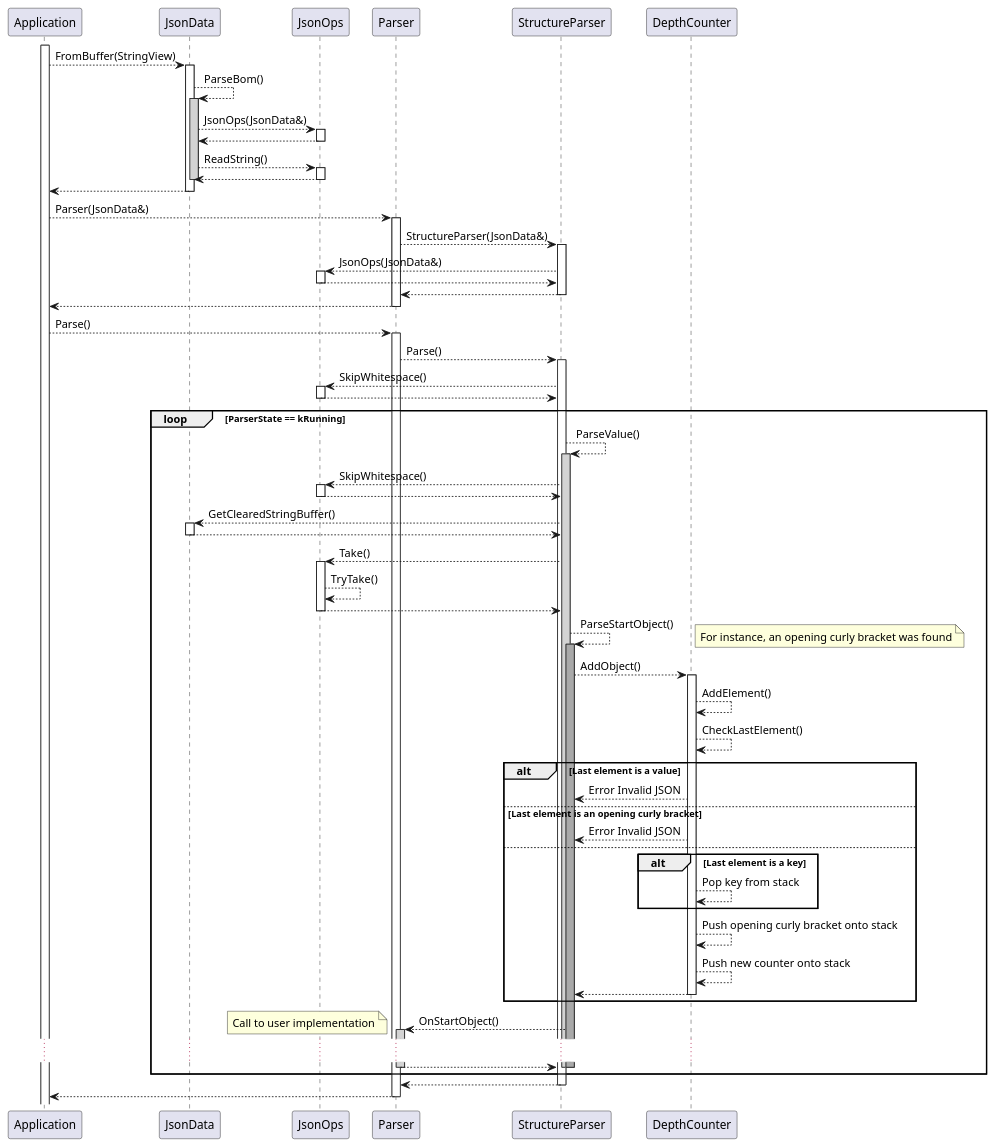
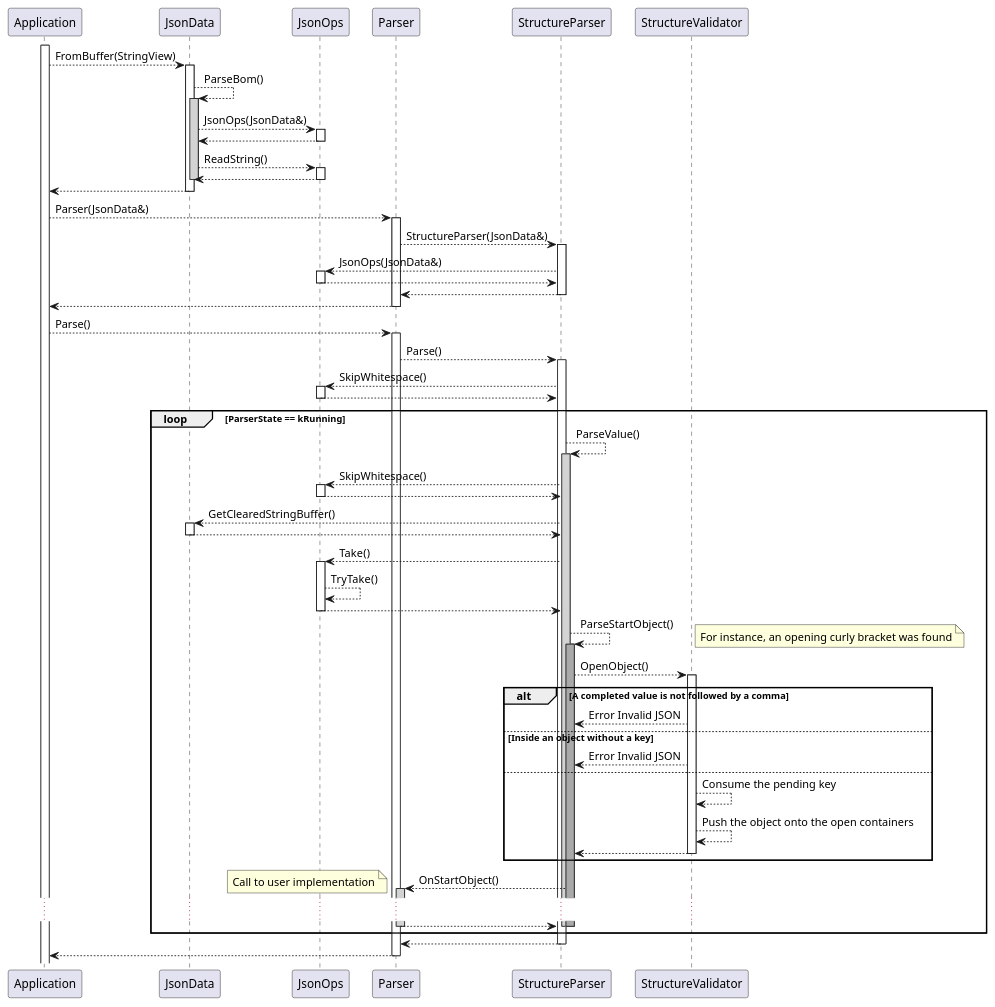
One commit to eclipse-score/baselibs changed the diagram in score/json/docs/vajson/detailed_design/functional/diagrams/sequences.puml. Above: the diagram before and after it, drawn with PlantUML. The commit also changed 14 other files, not shown here.

First line of the commit message:
json parser: replace DepthCounter with a StructureValidator owned by the parser

```diff
--- a/score/json/docs/vajson/detailed_design/functional/diagrams/sequences.puml
+++ b/score/json/docs/vajson/detailed_design/functional/diagrams/sequences.puml
@@ -1,118 +1,113 @@
 @startuml
 activate Application
 Application --> JsonData : FromBuffer(StringView)
 
 activate JsonData
 JsonData --> JsonData : ParseBom()
 activate JsonData #LightGrey
 
 JsonData --> JsonOps : JsonOps(JsonData&)
 
 activate JsonOps
 JsonOps --> JsonData
 deactivate JsonOps
 
 JsonData --> JsonOps : ReadString()
 
 activate JsonOps
 JsonOps --> JsonData
 deactivate JsonOps
 
 deactivate JsonData
 JsonData --> Application
 deactivate JsonData
 
 Application --> Parser : Parser(JsonData&)
 
 activate Parser
 Parser --> StructureParser : StructureParser(JsonData&)
 
 activate StructureParser
 StructureParser --> JsonOps : JsonOps(JsonData&)
 
 activate JsonOps
 JsonOps --> StructureParser
 deactivate JsonOps
 
 StructureParser --> Parser
 deactivate StructureParser
 
 Parser --> Application
 deactivate Parser
 
 Application --> Parser : Parse()
 
 activate Parser
 Parser --> StructureParser : Parse()
 
 activate StructureParser
 StructureParser --> JsonOps : SkipWhitespace()
 
 activate JsonOps
 JsonOps --> StructureParser
 deactivate JsonOps
 
 loop ParserState == kRunning
 StructureParser --> StructureParser : ParseValue()
 activate StructureParser #LightGrey
 
 StructureParser --> JsonOps : SkipWhitespace()
 
 activate JsonOps
 JsonOps --> StructureParser
 deactivate JsonOps
 
 StructureParser --> JsonData : GetClearedStringBuffer()
 activate JsonData
 JsonData --> StructureParser
 deactivate JsonData
 
 StructureParser --> JsonOps : Take()
 activate JsonOps
 
 JsonOps --> JsonOps : TryTake()
 
 JsonOps --> StructureParser
 deactivate JsonOps
 
 StructureParser --> StructureParser : ParseStartObject()
 activate StructureParser #DarkGray
 note right : For instance, an opening curly bracket was found
 
-StructureParser --> DepthCounter : AddObject()
-activate DepthCounter
-DepthCounter --> DepthCounter : AddElement()
-DepthCounter --> DepthCounter : CheckLastElement()
-alt Last element is a value
-DepthCounter --> StructureParser : Error Invalid JSON
-else Last element is an opening curly bracket
-DepthCounter --> StructureParser : Error Invalid JSON
+StructureParser --> StructureValidator : OpenObject()
+activate StructureValidator
+alt A completed value is not followed by a comma
+StructureValidator --> StructureParser : Error Invalid JSON
+else Inside an object without a key
+StructureValidator --> StructureParser : Error Invalid JSON
 else
-  alt Last element is a key
-  DepthCounter --> DepthCounter : Pop key from stack
-  end
-  DepthCounter --> DepthCounter : Push opening curly bracket onto stack
-  DepthCounter --> DepthCounter : Push new counter onto stack
-  DepthCounter --> StructureParser
-  deactivate DepthCounter
+  StructureValidator --> StructureValidator : Consume the pending key
+  StructureValidator --> StructureValidator : Push the object onto the open containers
+  StructureValidator --> StructureParser
+  deactivate StructureValidator
 end
 
 StructureParser --> Parser : OnStartObject()
 
 activate Parser #LightGrey
 note left : Call to user implementation
 ...
 Parser --> StructureParser
 deactivate Parser
 
 deactivate StructureParser
 deactivate StructureParser
 end
 
 StructureParser --> Parser
 deactivate StructureParser
 
 Parser --> Application
 deactivate Parser
 
 @enduml
```
